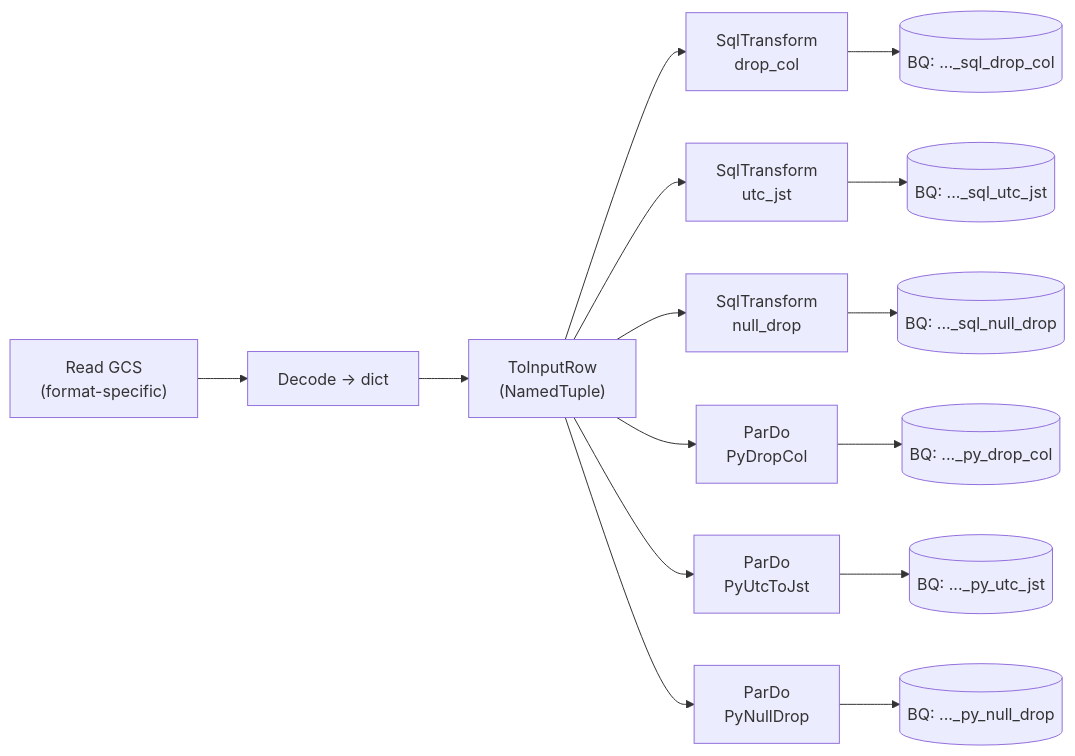
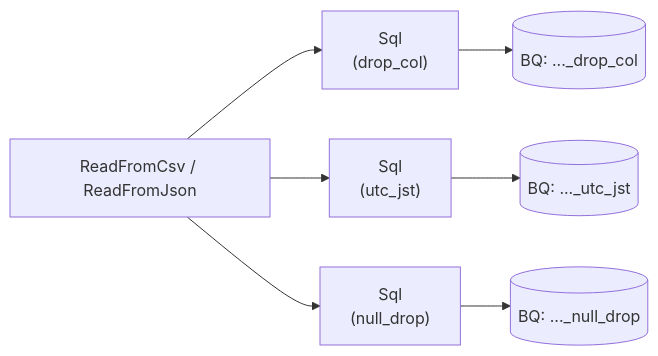
The second of 2 diagrams in articles/dataflow-gcs-to-bq-verification.md (katonium/articles), drawn with Mermaid before and after one commit. The commit also changed other lines of this file and 14 other files, not shown here.

````diff
--- a/articles/dataflow-gcs-to-bq-verification.md
+++ b/articles/dataflow-gcs-to-bq-verification.md
@@ -92,28 +117,14 @@
 ```mermaid
 graph LR
-  read["Read GCS<br/>(format-specific)"]
-  decode["Decode → dict"]
-  row["ToInputRow<br/>(NamedTuple)"]
+  read["ReadFromCsv / ReadFromJson"]
+  drop["Sql<br/>(drop_col)"]
+  utc["Sql<br/>(utc_jst)"]
+  null["Sql<br/>(null_drop)"]
+  bq1[("BQ: ..._drop_col")]
+  bq2[("BQ: ..._utc_jst")]
+  bq3[("BQ: ..._null_drop")]
 
-  sql_drop["SqlTransform<br/>drop_col"]
-  sql_utc["SqlTransform<br/>utc_jst"]
-  sql_null["SqlTransform<br/>null_drop"]
-  py_drop["ParDo<br/>PyDropCol"]
-  py_utc["ParDo<br/>PyUtcToJst"]
-  py_null["ParDo<br/>PyNullDrop"]
-
-  bq1[("BQ: ..._sql_drop_col")]
-  bq2[("BQ: ..._sql_utc_jst")]
-  bq3[("BQ: ..._sql_null_drop")]
-  bq4[("BQ: ..._py_drop_col")]
-  bq5[("BQ: ..._py_utc_jst")]
-  bq6[("BQ: ..._py_null_drop")]
-
-  read --> decode --> row
-  row --> sql_drop --> bq1
-  row --> sql_utc --> bq2
-  row --> sql_null --> bq3
-  row --> py_drop --> bq4
-  row --> py_utc --> bq5
-  row --> py_null --> bq6
+  read --> drop --> bq1
+  read --> utc --> bq2
+  read --> null --> bq3
 ```
````
